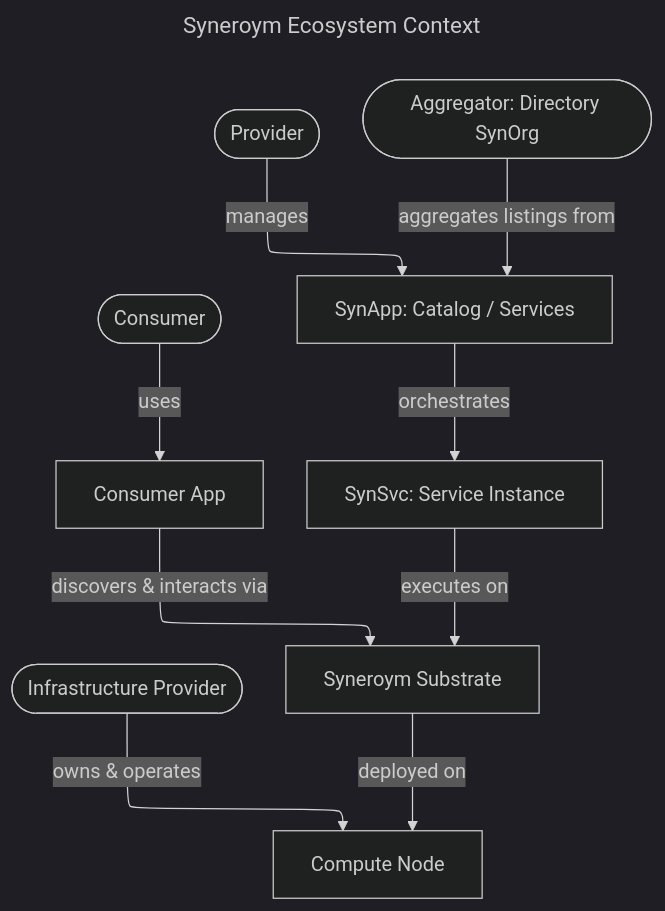
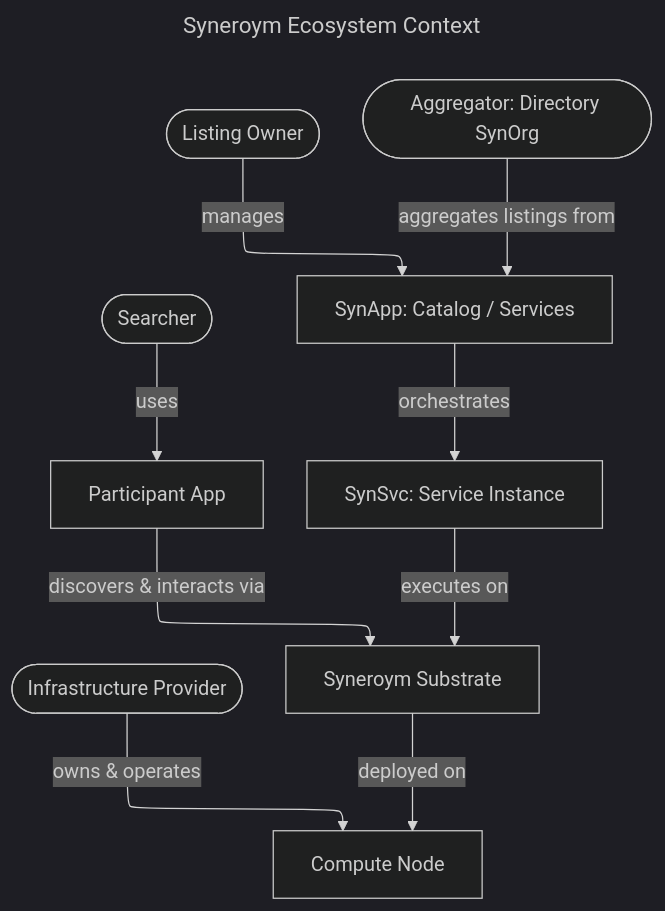
Before and after one commit to syneroym/syneroym: the first of 2 diagrams in docs/system-requirements-spec.md, drawn with Mermaid (dark theme). The commit also changed other lines of this file and 106 other files, not shown here.

````diff
--- a/docs/system-requirements-spec.md
+++ b/docs/system-requirements-spec.md
@@ -206,29 +212,29 @@
 ```mermaid
 ---
 title: Syneroym Ecosystem Context
 config:
     layout: elk
 ---
 flowchart TD
-    Consumer([Consumer])
-    Provider([Provider])
+    Searcher([Searcher])
+    ListingOwner([Listing Owner])
     Aggregator([Aggregator: Directory SynOrg])
     InfraProv([Infrastructure Provider])
     
-    ConsumerApp[Consumer App]
+    ParticipantApp[Participant App]
     SynApp[SynApp: Catalog / Services]
     SynSvc[SynSvc: Service Instance]
     Substrate[Syneroym Substrate]
     Node[Compute Node]
 
-    Consumer -->|uses| ConsumerApp
-    ConsumerApp -->|discovers & interacts via| Substrate
+    Searcher -->|uses| ParticipantApp
+    ParticipantApp -->|discovers & interacts via| Substrate
     
-    Provider -->|manages| SynApp
+    ListingOwner -->|manages| SynApp
     Aggregator -->|aggregates listings from| SynApp
     
     SynSvc -->|executes on| Substrate
     SynApp -->|orchestrates| SynSvc
     Substrate -->|deployed on| Node
     InfraProv -->|owns & operates| Node
 ```
````
